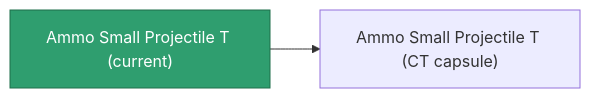
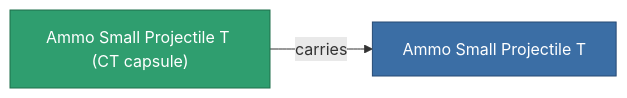
The diagram in content/content/items/ammo_small_projectile_t.md (OpenPerpetuum/Wiki), drawn with Mermaid before and after one commit. The commit also changed 2015 other files, not shown here.

````diff
--- a/content/content/items/ammo_small_projectile_t.md
+++ b/content/content/items/ammo_small_projectile_t.md
@@ -35,8 +35,9 @@
 ```mermaid
 graph LR
-    a["Ammo Small Projectile T (current)"]:::current
-    b["Ammo Small Projectile T (CT capsule)"]
-    a --> b
-    click b "/content/items/ammo-small-projectile-t-ct-capsule/" "Ammo Small Projectile T (CT capsule)"
+    a["Ammo Small Projectile T (CT capsule)"]:::current
+    b["Ammo Small Projectile T"]:::finished
+    a -->|carries| b
+                click b "/content/items/ammo-small-projectile-t/" "Ammo Small Projectile T"
     classDef current fill:#2f9e6f,stroke:#1f6f4a,color:#ffffff
+    classDef finished fill:#3b6ea5,stroke:#274a75,color:#ffffff
 ```
````
